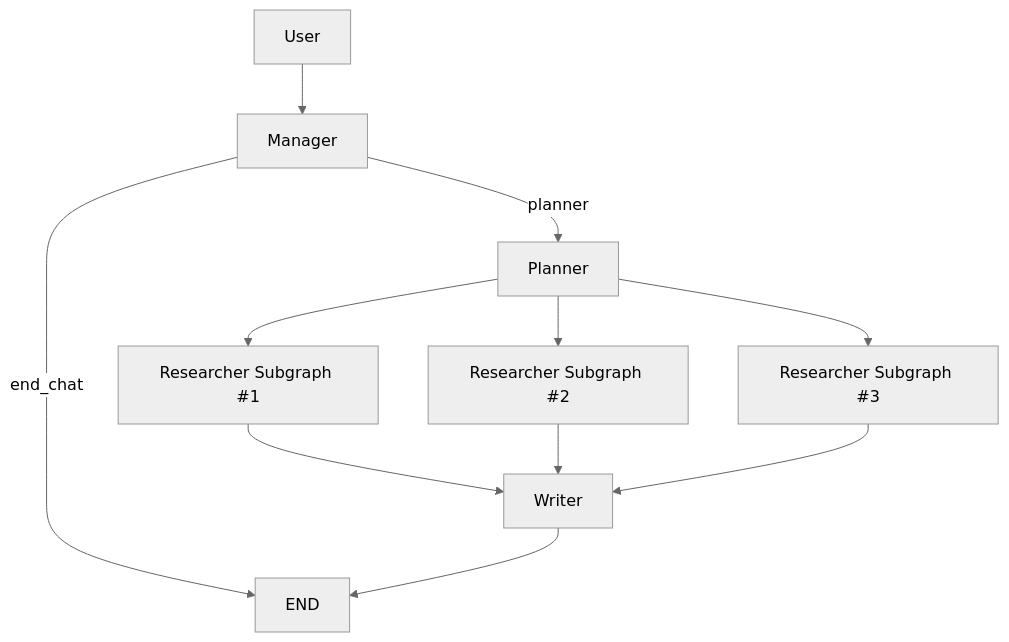
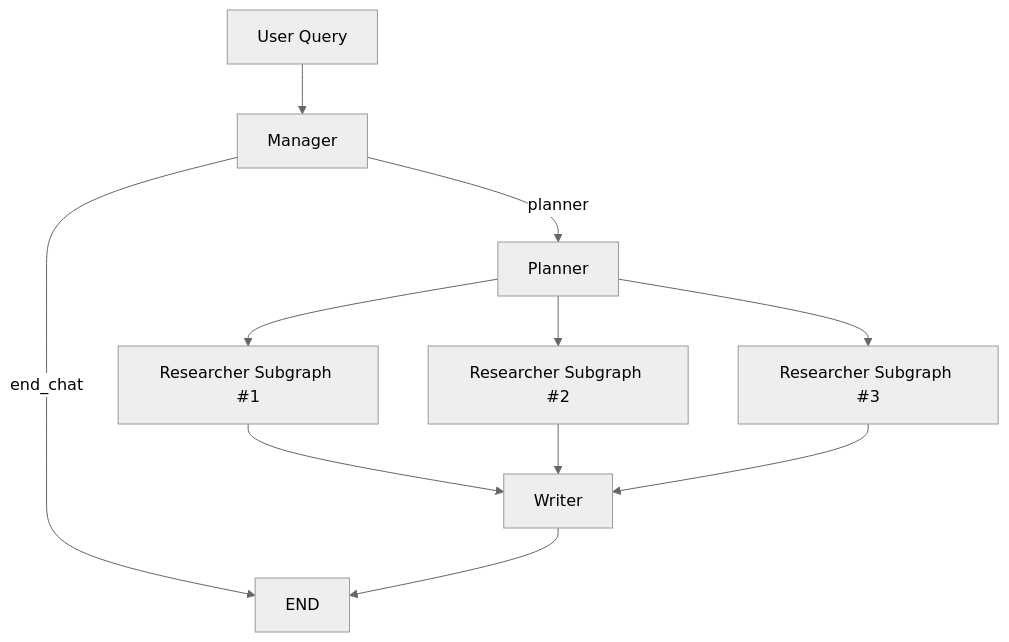
One commit to Annyfee/research-agent changed the diagram in README.md. Above: the diagram before and after it, drawn with Mermaid (neutral theme). The commit also changed other lines of this file and 3 other files, not shown here.

````diff
--- a/README.md
+++ b/README.md
@@ -28,13 +44,13 @@
 ```mermaid
 graph TD
-    U[User] --> M[Manager]
+    U[User Query] --> M[Manager]
     M -->|end_chat| E[END]
     M -->|planner| P[Planner]
     P --> R1[Researcher Subgraph #1]
     P --> R2[Researcher Subgraph #2]
     P --> R3[Researcher Subgraph #3]
     R1 --> W[Writer]
     R2 --> W
     R3 --> W
     W --> E
 ```
````
